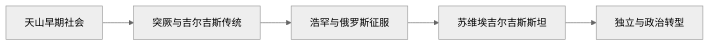
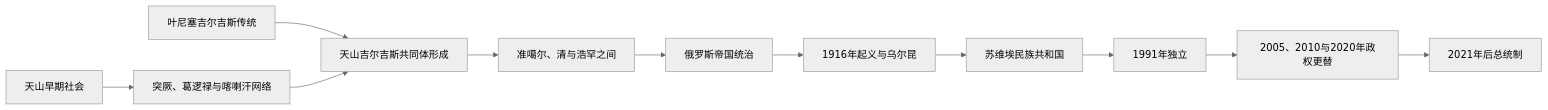
One commit to tianlan-dev/learning-notes changed the diagram in 人文科学/历史/中亚/吉尔吉斯斯坦/README.md. Above: the diagram before and after it, drawn with Mermaid (neutral theme). The commit also changed other lines of this file and 1417 other files, not shown here.

````diff
--- a/人文科学/历史/中亚/吉尔吉斯斯坦/README.md
+++ b/人文科学/历史/中亚/吉尔吉斯斯坦/README.md
@@ -9,7 +9,13 @@
 ```mermaid
 flowchart LR
-    A["天山早期社会"] --> B["突厥与吉尔吉斯传统"]
-    B --> C["浩罕与俄罗斯征服"]
-    C --> D["苏维埃吉尔吉斯斯坦"]
-    D --> E["独立与政治转型"]
+    A["天山早期社会"] --> B["突厥、葛逻禄与喀喇汗网络"]
+    C["叶尼塞吉尔吉斯传统"] --> D["天山吉尔吉斯共同体形成"]
+    B --> D
+    D --> E["准噶尔、清与浩罕之间"]
+    E --> F["俄罗斯帝国统治"]
+    F --> G["1916年起义与乌尔昆"]
+    G --> H["苏维埃民族共和国"]
+    H --> I["1991年独立"]
+    I --> J["2005、2010与2020年政权更替"]
+    J --> K["2021年后总统制"]
 ```
````
